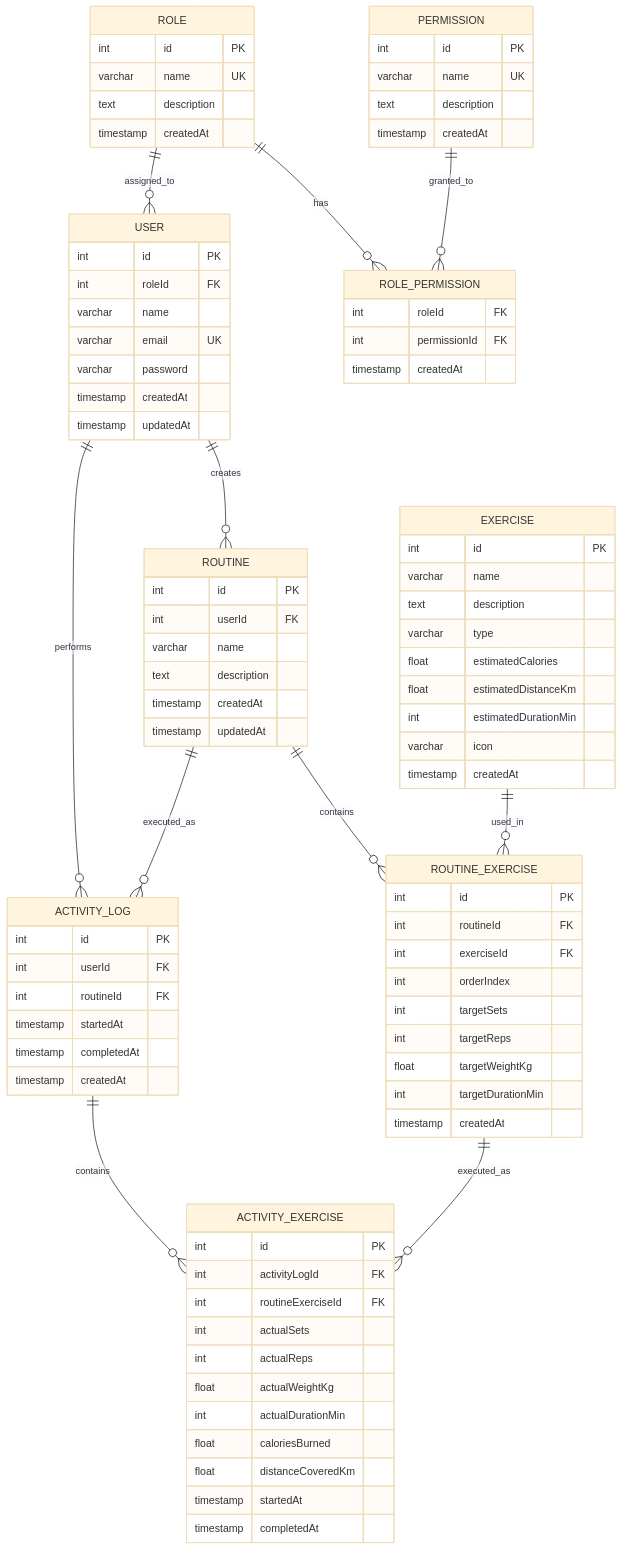
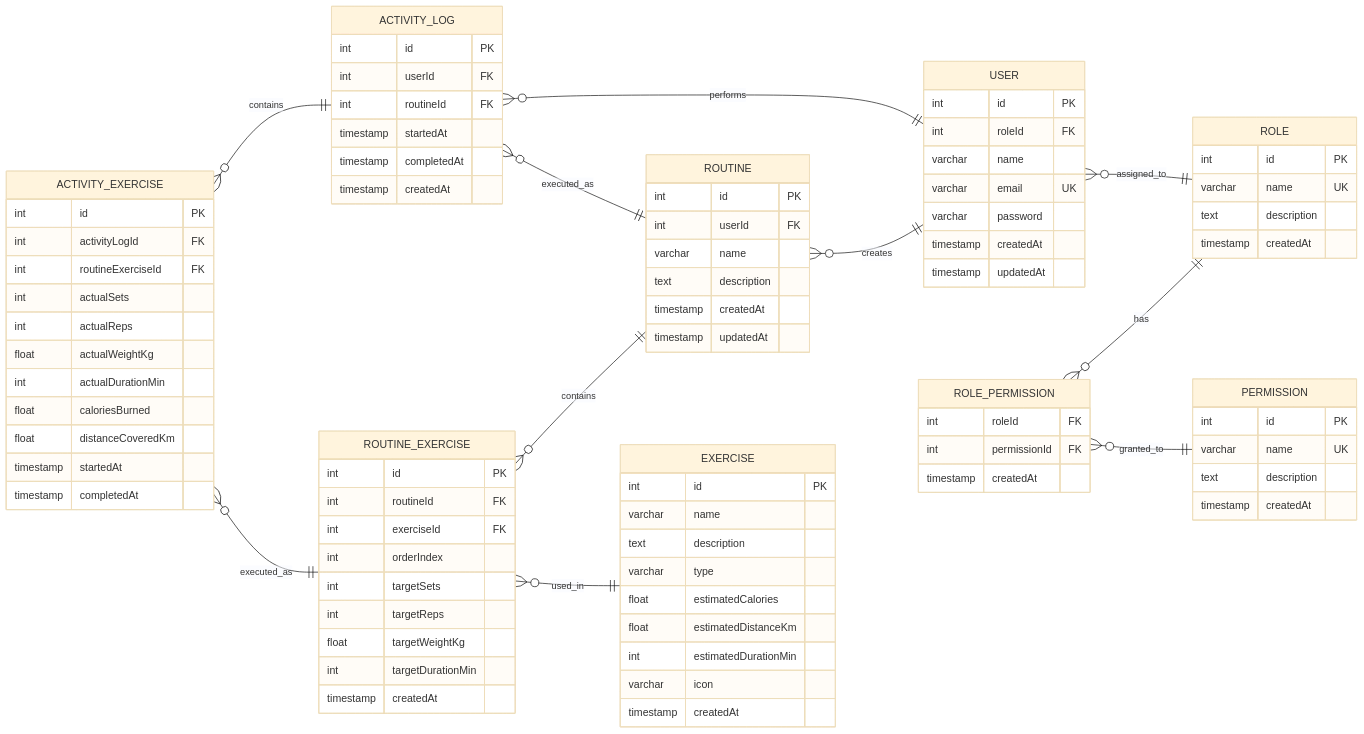
The diagram in README.md (alevargasschz/NestJS), drawn with Mermaid (base theme) before and after one commit. The commit also changed other lines of this file and 9 other files, not shown here.

````diff
--- a/README.md
+++ b/README.md
@@ -8,5 +7,6 @@
 ```mermaid
 erDiagram
+    direction RL
 
     USER {
         int id PK
````
